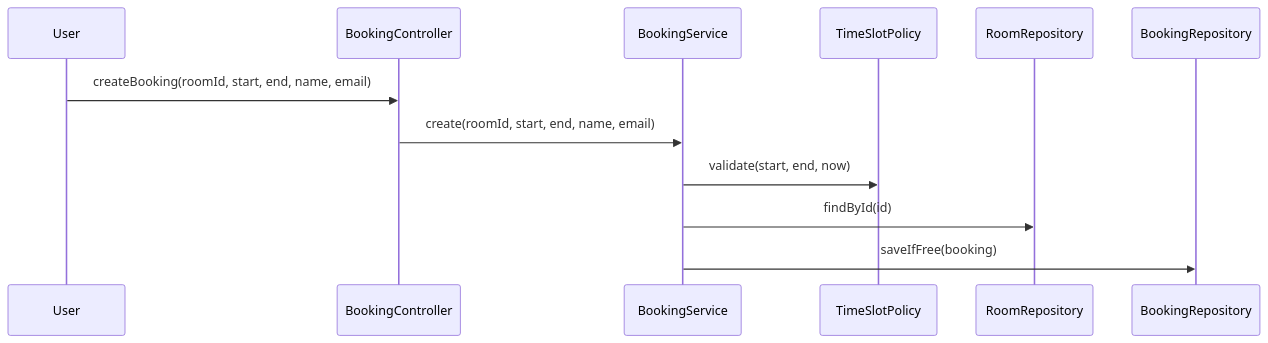
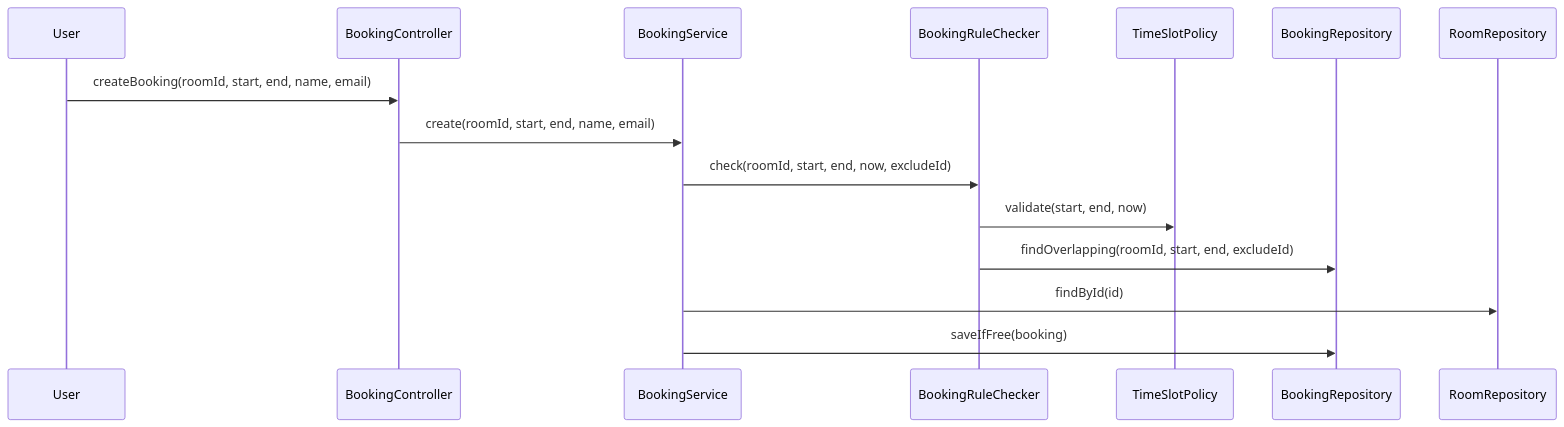
The fourth of 14 diagrams in showcases/booking/docs/design.md (Benjam1nP/AISE), drawn with Mermaid before and after one commit. The commit also changed other lines of this file and 75 other files, not shown here.

````diff
--- a/showcases/booking/docs/design.md
+++ b/showcases/booking/docs/design.md
@@ -185,14 +191,17 @@
 ```mermaid
 sequenceDiagram
   participant ACT_001 as User
   participant DSN_004 as BookingController
   participant DSN_007 as BookingService
+  participant DSN_024 as BookingRuleChecker
   participant DSN_009 as TimeSlotPolicy
+  participant DSN_012 as BookingRepository
   participant DSN_011 as RoomRepository
-  participant DSN_012 as BookingRepository
   ACT_001->>DSN_004: createBooking(roomId, start, end, name, email)
   DSN_004->>DSN_007: create(roomId, start, end, name, email)
-  DSN_007->>DSN_009: validate(start, end, now)
+  DSN_007->>DSN_024: check(roomId, start, end, now, excludeId)
+  DSN_024->>DSN_009: validate(start, end, now)
+  DSN_024->>DSN_012: findOverlapping(roomId, start, end, excludeId)
   DSN_007->>DSN_011: findById(id)
   DSN_007->>DSN_012: saveIfFree(booking)
 ```
````
